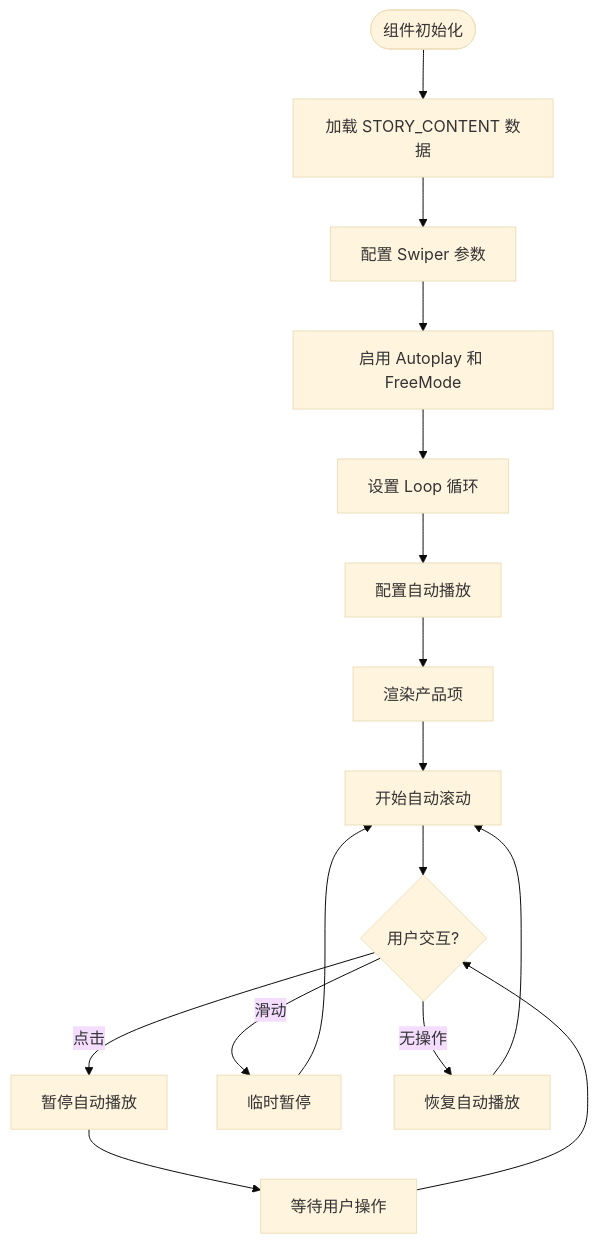
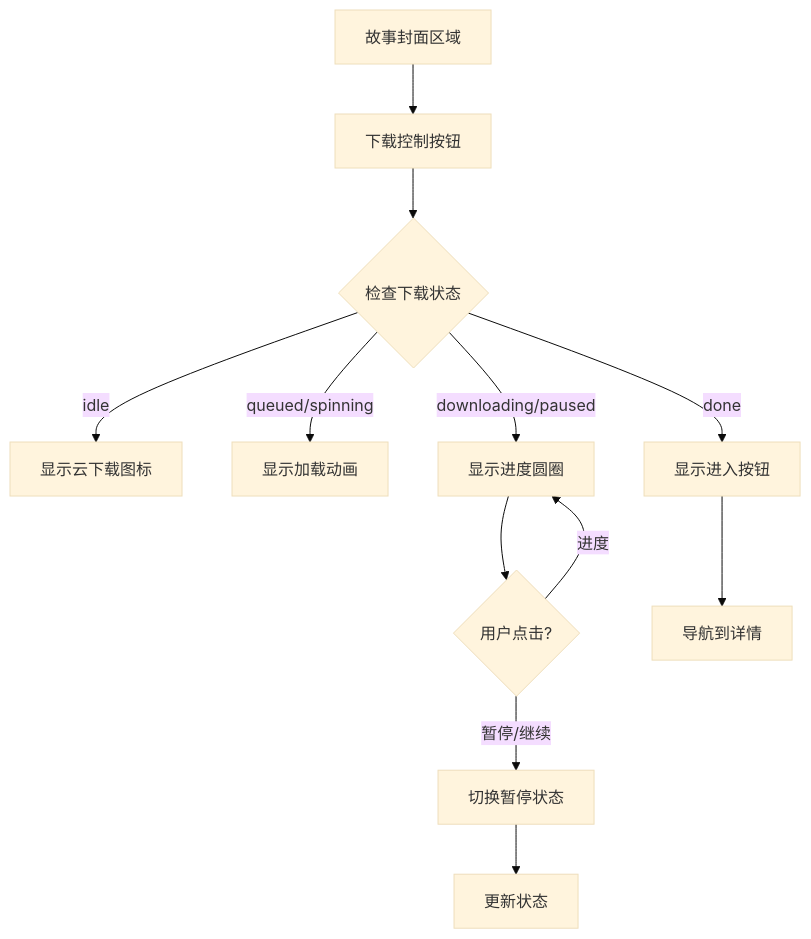
Before and after one commit to billye220670/newSquare: the seventh of 14 diagrams in .qoder/repowiki/zh/content/内容卡片系统/单品故事卡片.md, drawn with Mermaid (base theme). The commit also changed other lines of this file and 7 other files, not shown here.

````diff
--- a/.qoder/repowiki/zh/content/内容卡片系统/单品故事卡片.md
+++ b/.qoder/repowiki/zh/content/内容卡片系统/单品故事卡片.md
@@ -209,18 +306,14 @@
 ```mermaid
 flowchart TD
-Start([组件初始化]) --> LoadData[加载 STORY_CONTENT 数据]
-LoadData --> SetupSwiper[配置 Swiper 参数]
-SetupSwiper --> ConfigModules[启用 Autoplay 和 FreeMode]
-ConfigModules --> ConfigLoop[设置 Loop 循环]
-ConfigLoop --> ConfigAutoPlay[配置自动播放]
-ConfigAutoPlay --> RenderProducts[渲染产品项]
-RenderProducts --> AutoScroll[开始自动滚动]
-AutoScroll --> UserInteraction{用户交互?}
-UserInteraction --> |点击| StopAutoPlay[暂停自动播放]
-UserInteraction --> |滑动| PauseAutoPlay[临时暂停]
-UserInteraction --> |无操作| ResumeAutoPlay[恢复自动播放]
-StopAutoPlay --> WaitUser[等待用户操作]
-PauseAutoPlay --> AutoScroll
-ResumeAutoPlay --> AutoScroll
-WaitUser --> UserInteraction
+HeroArea[故事封面区域] --> DownloadBtn[下载控制按钮]
+DownloadBtn --> StatusCheck{检查下载状态}
+StatusCheck --> |idle| ShowCloud[显示云下载图标]
+StatusCheck --> |queued/spinning| ShowSpinner[显示加载动画]
+StatusCheck --> |downloading/paused| ShowProgress[显示进度圆圈]
+StatusCheck --> |done| ShowEnter[显示进入按钮]
+ShowProgress --> ClickAction{用户点击?}
+ClickAction --> |暂停/继续| TogglePause[切换暂停状态]
+ClickAction --> |进度| ShowProgress
+TogglePause --> UpdateStatus[更新状态]
+ShowEnter --> Navigate[导航到详情]
 ```
````
